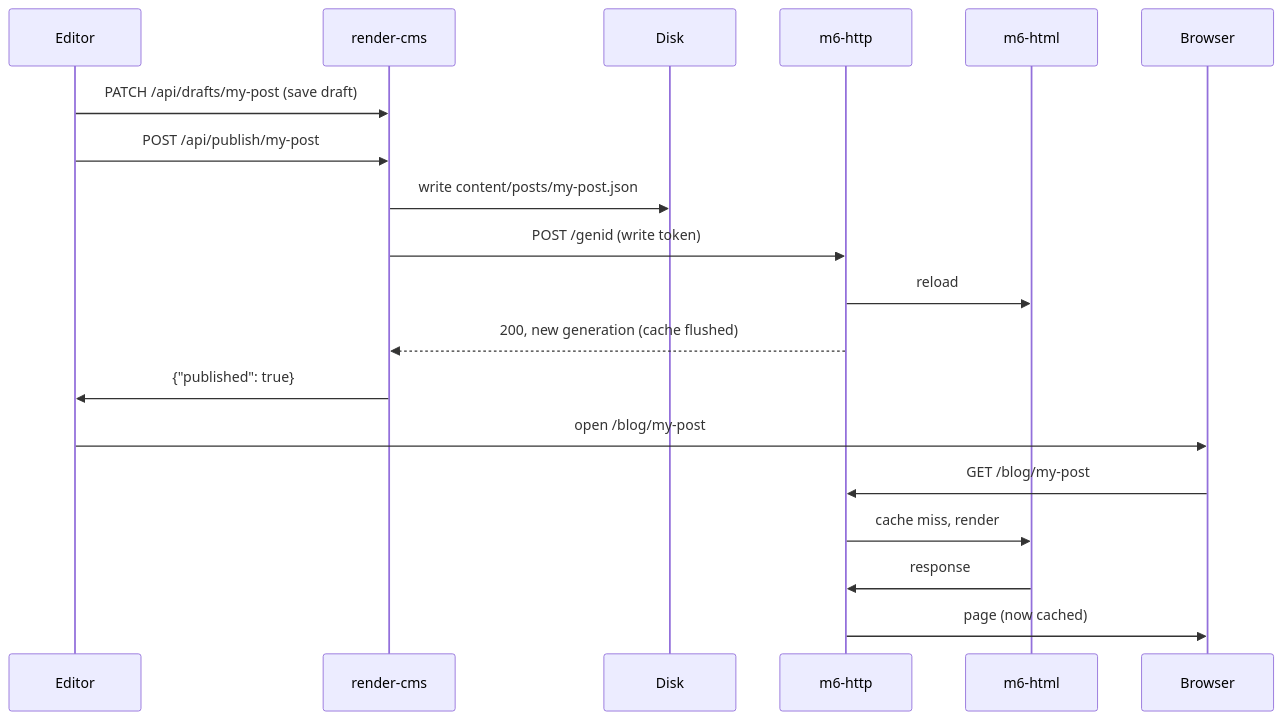
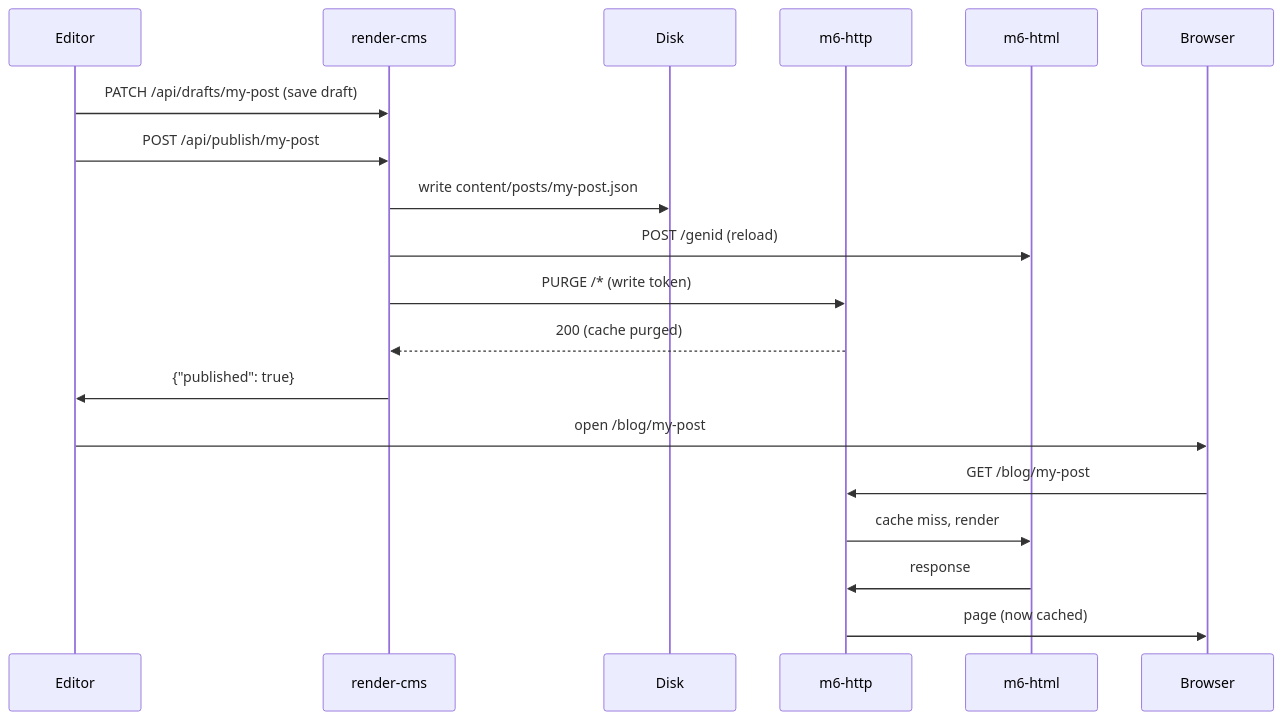
Before and after one commit to mgrosvenor/m6: the diagram in examples/02-blog/content/posts/guide-05-cms.md, drawn with Mermaid. The commit also changed other lines of this file and 12 other files, not shown here.

First line of the commit message:
docs(examples): the blog guides teach purge, not genid

```diff
--- a/examples/02-blog/content/posts/guide-05-cms.md
+++ b/examples/02-blog/content/posts/guide-05-cms.md
@@ -319,22 +320,22 @@
 <pre class="mermaid">
 sequenceDiagram
     participant Editor
     participant rcms as render-cms
     participant Disk
     participant mhttp as m6-http
     participant mhtml as m6-html
     participant Browser
 
     Editor->>rcms: PATCH /api/drafts/my-post (save draft)
     Editor->>rcms: POST /api/publish/my-post
     rcms->>Disk: write content/posts/my-post.json
-    rcms->>mhttp: POST /genid (write token)
-    mhttp->>mhtml: reload
-    mhttp-->>rcms: 200, new generation (cache flushed)
+    rcms->>mhtml: POST /genid (reload)
+    rcms->>mhttp: PURGE /* (write token)
+    mhttp-->>rcms: 200 (cache purged)
     rcms->>Editor: {"published": true}
     Editor->>Browser: open /blog/my-post
     Browser->>mhttp: GET /blog/my-post
     mhttp->>mhtml: cache miss, render
     mhtml->>mhttp: response
     mhttp->>Browser: page (now cached)
 </pre>
```
